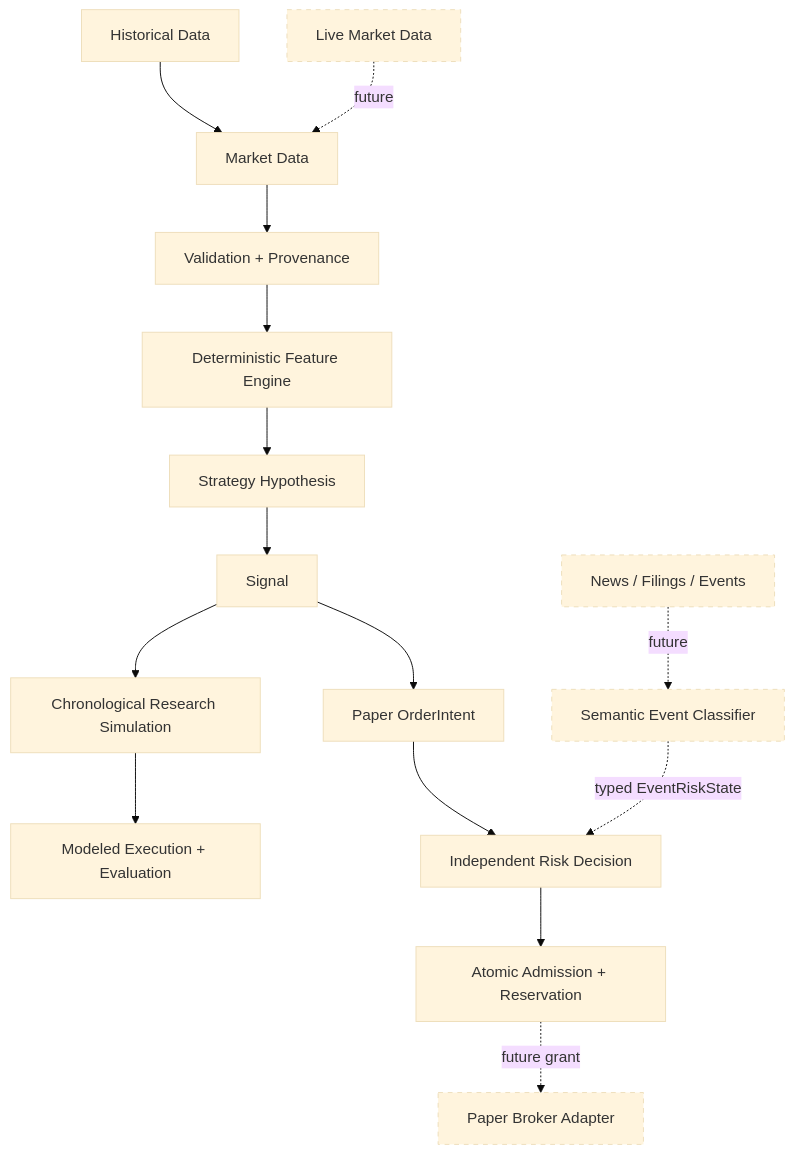
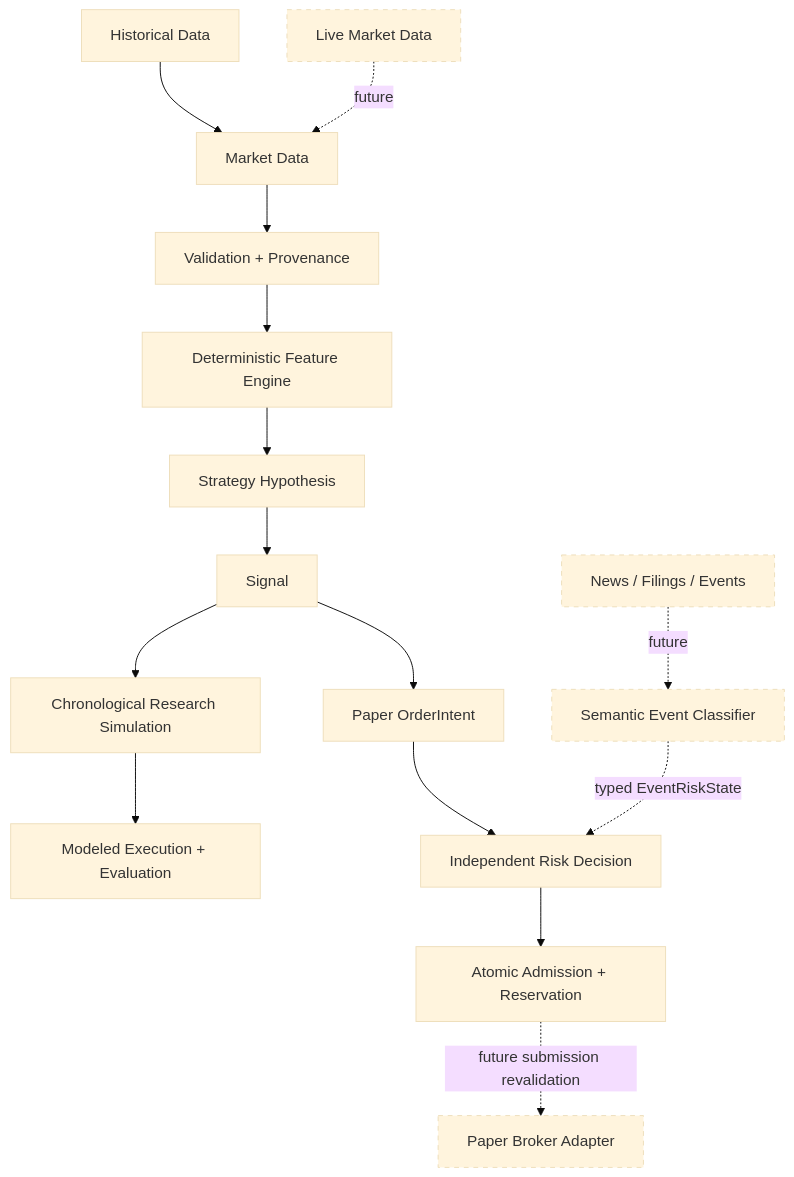
One commit to jayjz/SHAD0W changed the first of 2 diagrams in README.md. Above: the diagram before and after it, drawn with Mermaid (base theme). The commit also changed other lines of this file and 11 other files, not shown here.

````diff
--- a/README.md
+++ b/README.md
@@ -85,25 +85,25 @@
 ```mermaid
 flowchart TD
     A["Market Data"] --> B["Validation + Provenance"]
     B --> C["Deterministic Feature Engine"]
     C --> D["Strategy Hypothesis"]
     D --> E["Signal"]
 
     E --> F["Chronological Research Simulation"]
     F --> G["Modeled Execution + Evaluation"]
 
     E --> H["Paper OrderIntent"]
     H --> I["Independent Risk Decision"]
     I --> J["Atomic Admission + Reservation"]
-    J -. future grant .-> O["Paper Broker Adapter"]
+    J -. future submission revalidation .-> O["Paper Broker Adapter"]
 
     K["News / Filings / Events"] -. future .-> L["Semantic Event Classifier"]
     L -. typed EventRiskState .-> I
 
     M["Historical Data"] --> A
     N["Live Market Data"] -. future .-> A
     style K stroke-dasharray: 5 5
     style L stroke-dasharray: 5 5
     style N stroke-dasharray: 5 5
     style O stroke-dasharray: 5 5
 ```
````
